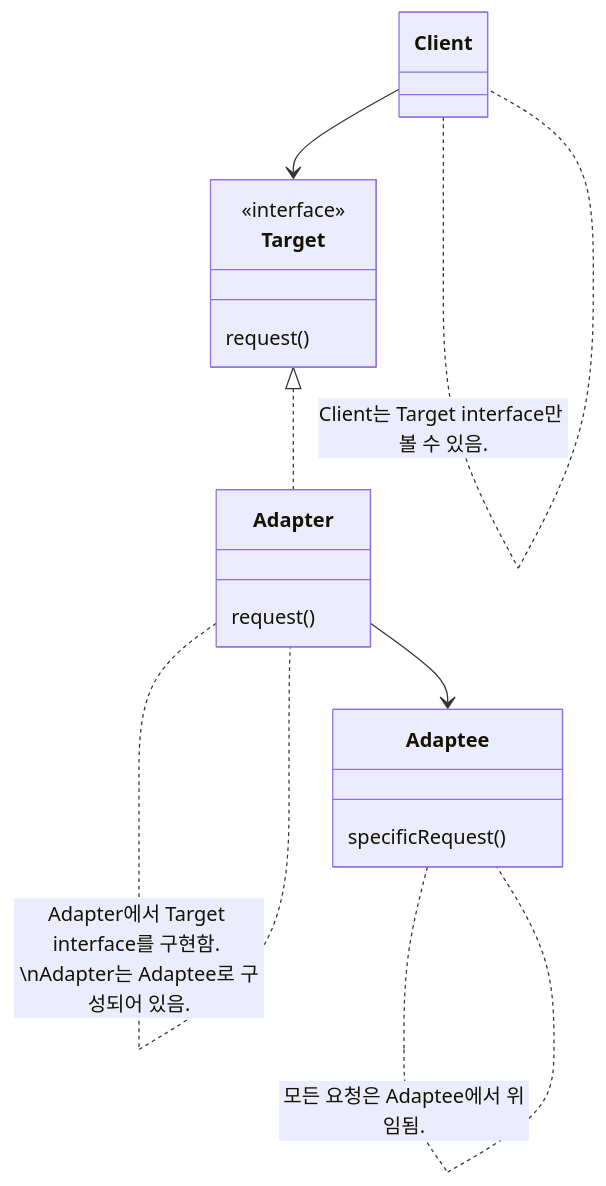
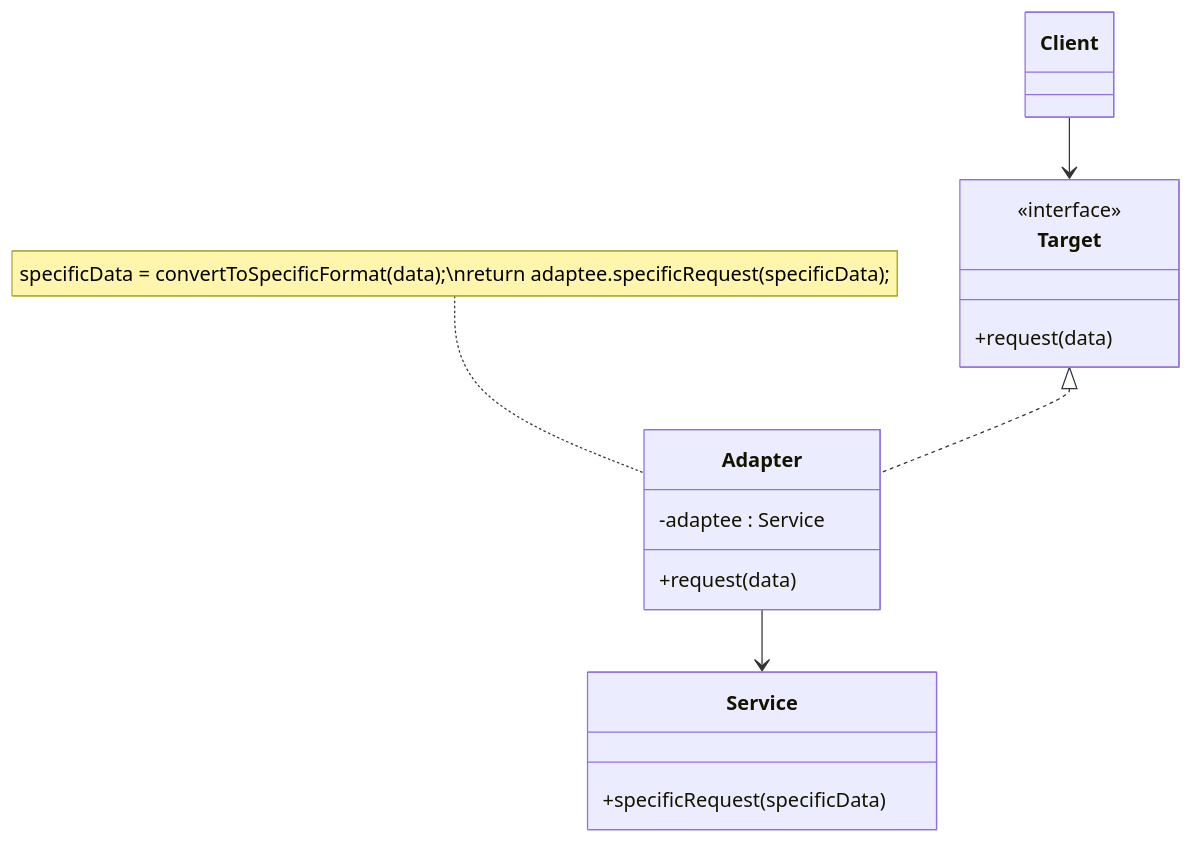
Before and after one commit to choesimin/choesimin.github.io: the second of 3 diagrams in _drafts/adapter-pattern.md, drawn with Mermaid. The commit also changed other lines of this file, not shown here.

````diff
--- a/_drafts/adapter-pattern.md
+++ b/_drafts/adapter-pattern.md
@@ -115,26 +94,25 @@
 ```mermaid
 classDiagram
 
 class Client
 
 class Target {
     <<interface>>
-    request()
+    +request(data)
 }
 
 class Adapter {
-    request()
+    -adaptee : Service
+    +request(data)
 }
 
-class Adaptee {
-    specificRequest()
+class Service {
+    +specificRequest(specificData)
 }
 
 Client --> Target
 Target <|.. Adapter
-Adapter --> Adaptee
+Adapter --> Service
 
-Client .. Client : Client는 Target interface만 볼 수 있음.
-Adapter .. Adapter : Adapter에서 Target interface를 구현함. \nAdapter는 Adaptee로 구성되어 있음.
-Adaptee .. Adaptee : 모든 요청은 Adaptee에서 위임됨.
+note for Adapter "specificData = convertToSpecificFormat(data);\nreturn adaptee.specificRequest(specificData);"
 ```
````
